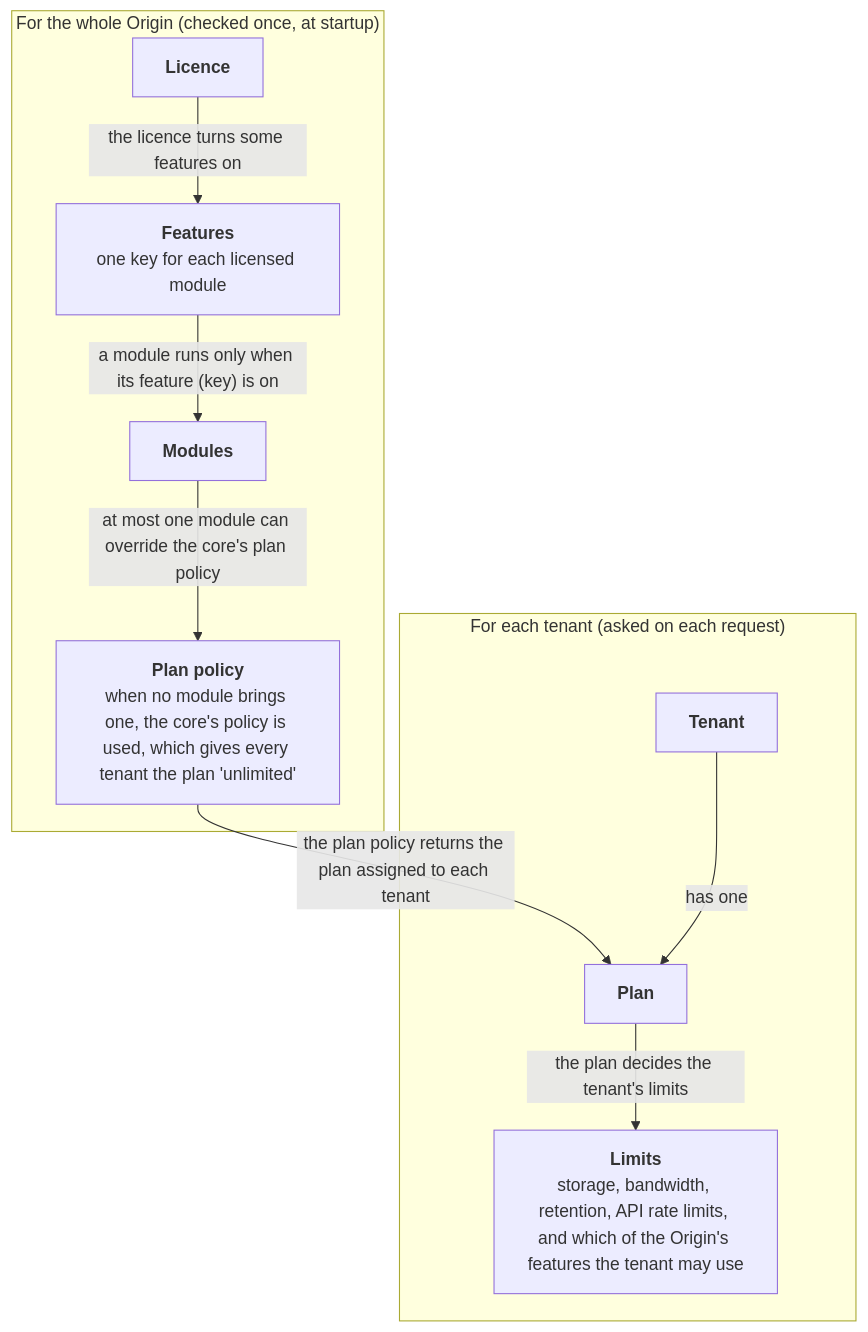
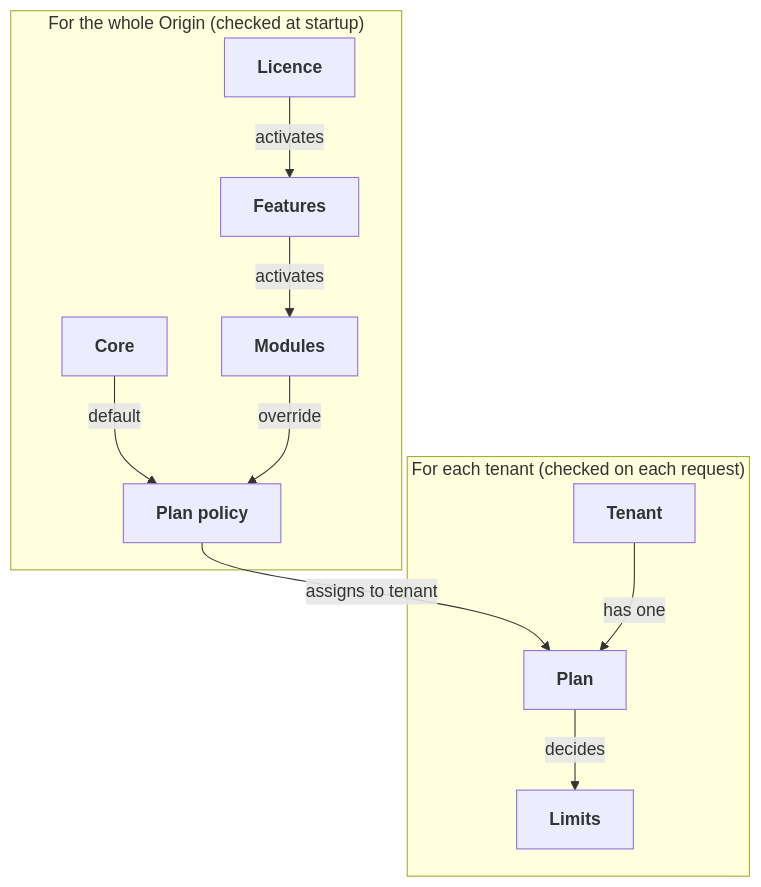
One commit to vpalos/BigFatFile changed the first of 3 diagrams in docs/architecture/platform/licensing.md. Above: the diagram before and after it, drawn with Mermaid. The commit also changed 6 other files, not shown here.

First line of the commit message:
Restyle the diagrams, and shorten the architecture overview, topology and licensing.

````diff
--- a/docs/architecture/platform/licensing.md
+++ b/docs/architecture/platform/licensing.md
@@ -9,24 +9,23 @@
 ```mermaid
 flowchart TB
-    subgraph WholeOrigin["For the whole Origin (checked once, at startup)"]
+    subgraph WholeOrigin["For the whole Origin (checked at startup)"]
+        Core["`**Core**`"]
         Licence["`**Licence**`"]
-        Features["`**Features**
-        one key for each licensed module`"]
+        Features["`**Features**`"]
         Modules["`**Modules**`"]
-        Policy["`**Plan policy**
-        when no module brings one, the core's policy is used, which gives every tenant the plan 'unlimited'`"]
+        Policy["`**Plan policy**`"]
     end
-    subgraph EachTenant["For each tenant (asked on each request)"]
+    subgraph EachTenant["For each tenant (checked on each request)"]
         Tenant["`**Tenant**`"]
         Plan["`**Plan**`"]
-        Limits["`**Limits**
-        storage, bandwidth, retention, API rate limits, and which of the Origin's features the tenant may use`"]
+        Limits["`**Limits**`"]
     end
 
-    Licence -->|the licence turns some features on| Features
-    Features -->|"a module runs only when its feature (key) is on"| Modules
-    Modules -->|"at most one module can override the core's plan policy"| Policy
-    Policy -->|the plan policy returns the plan assigned to each tenant| Plan
-    Tenant -->|has one| Plan
-    Plan -->|"the plan decides the tenant's limits"| Limits
+    Licence -->|"activates"| Features
+    Features -->|"activates"| Modules
+    Core -->|"default"| Policy
+    Modules -->|"override"| Policy
+    Policy -->|"assigns to tenant"| Plan
+    Tenant -->|"has one"| Plan
+    Plan -->|"decides"| Limits
 ```
````
